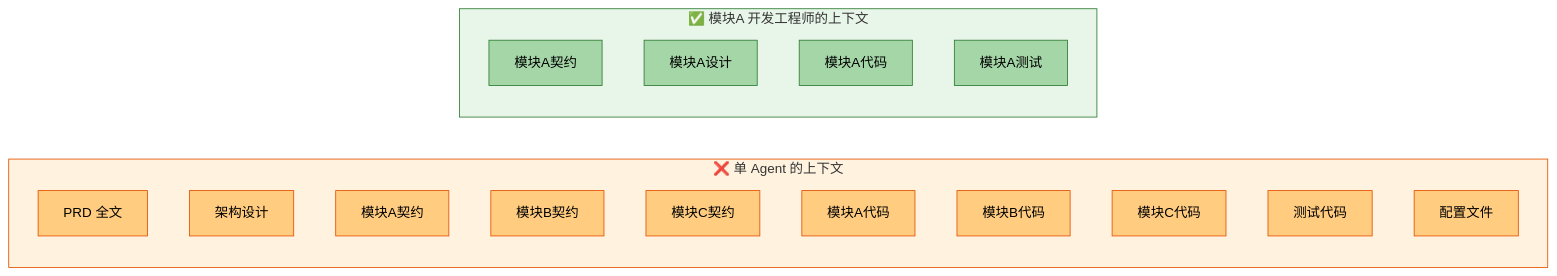
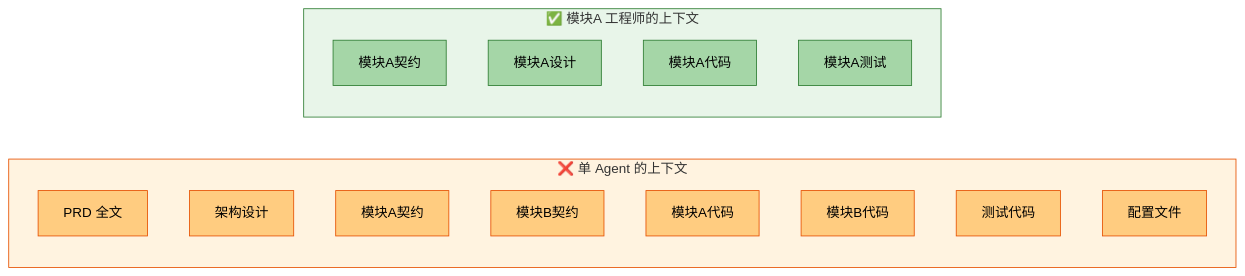
The sixth of 13 diagrams in docs/design-philosophy.md (strommmm/storms-claude-configuration), drawn with Mermaid before and after one commit. The commit also changed other lines of this file, not shown here.

````diff
--- a/docs/design-philosophy.md
+++ b/docs/design-philosophy.md
@@ -214,28 +192,26 @@
 ```mermaid
 graph LR
     subgraph single ["❌ 单 Agent 的上下文"]
         c1["PRD 全文"]:::warn
         c2["架构设计"]:::warn
         c3["模块A契约"]:::warn
         c4["模块B契约"]:::warn
-        c5["模块C契约"]:::warn
-        c6["模块A代码"]:::warn
-        c7["模块B代码"]:::warn
-        c8["模块C代码"]:::warn
-        c9["测试代码"]:::warn
-        c10["配置文件"]:::warn
+        c5["模块A代码"]:::warn
+        c6["模块B代码"]:::warn
+        c7["测试代码"]:::warn
+        c8["配置文件"]:::warn
     end
 
-    subgraph focused ["✅ 模块A 开发工程师的上下文"]
+    subgraph focused ["✅ 模块A 工程师的上下文"]
         d1["模块A契约"]:::good
         d2["模块A设计"]:::good
         d3["模块A代码"]:::good
         d4["模块A测试"]:::good
     end
 
     style single fill:#FFF3E0,stroke:#E65100
     style focused fill:#E8F5E9,stroke:#2E7D32
 
     classDef warn fill:#FFCC80,stroke:#E65100,color:#000
     classDef good fill:#A5D6A7,stroke:#2E7D32,color:#000
 ```
````
